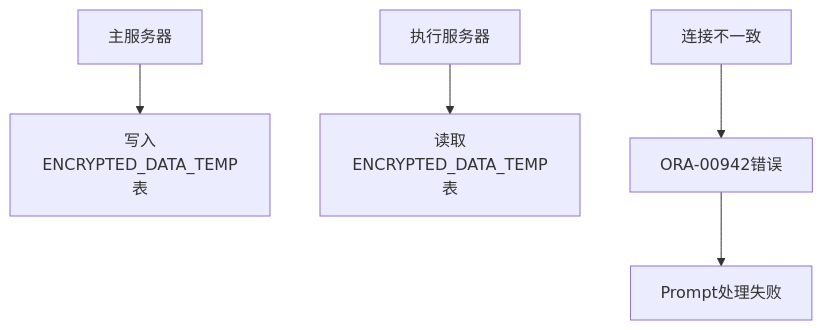
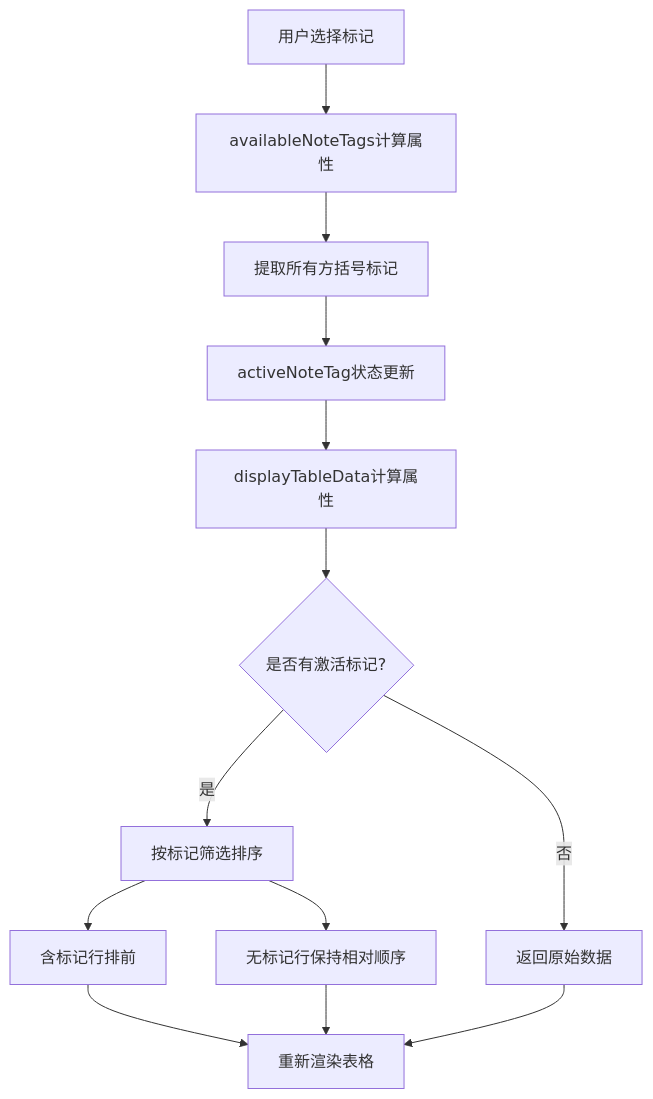
Before and after one commit to liuzh2008/med_ai_assistant_workspace: the first of 3 diagrams in .qoder/repowiki/zh/content/Update Summary/Update Summary.md, drawn with Mermaid. The commit also changed other lines of this file and 14 other files, not shown here.

````diff
--- a/.qoder/repowiki/zh/content/Update Summary/Update Summary.md
+++ b/.qoder/repowiki/zh/content/Update Summary/Update Summary.md
@@ -157,7 +307,15 @@
 ```mermaid
 graph TB
-A[主服务器] --> B[写入ENCRYPTED_DATA_TEMP表]
-C[执行服务器] --> D[读取ENCRYPTED_DATA_TEMP表]
-E[连接不一致] --> F[ORA-00942错误]
-F --> G[Prompt处理失败]
+A[用户选择标记] --> B[availableNoteTags计算属性]
+B --> C[提取所有方括号标记]
+C --> D[activeNoteTag状态更新]
+D --> E[displayTableData计算属性]
+E --> F{是否有激活标记?}
+F --> |否| G[返回原始数据]
+F --> |是| H[按标记筛选排序]
+H --> I[含标记行排前]
+H --> J[无标记行保持相对顺序]
+I --> K[重新渲染表格]
+J --> K
+G --> K
 ```
````
